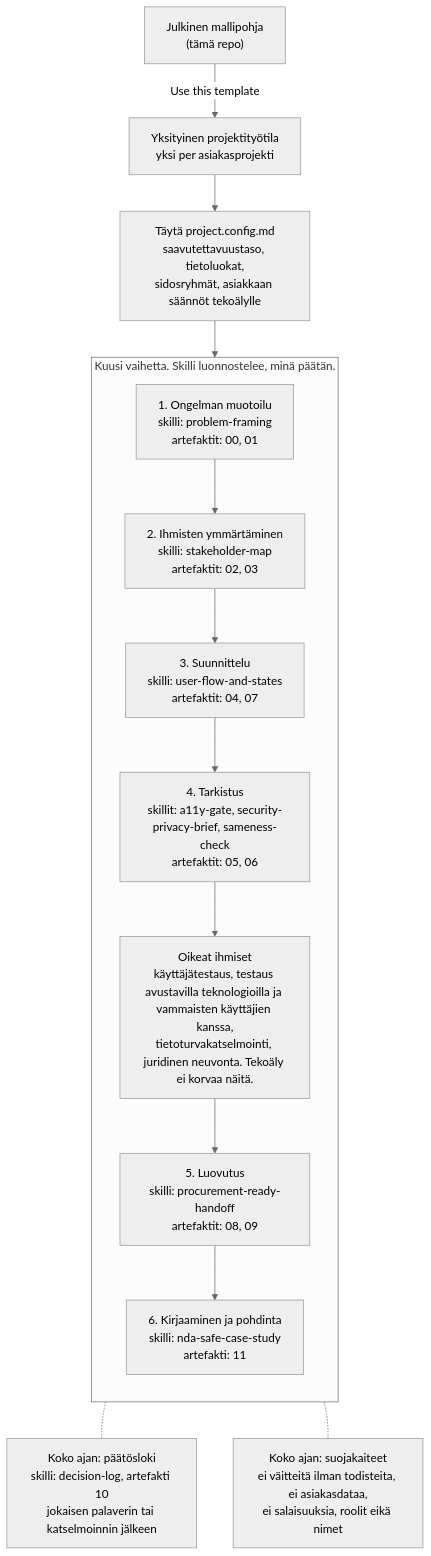
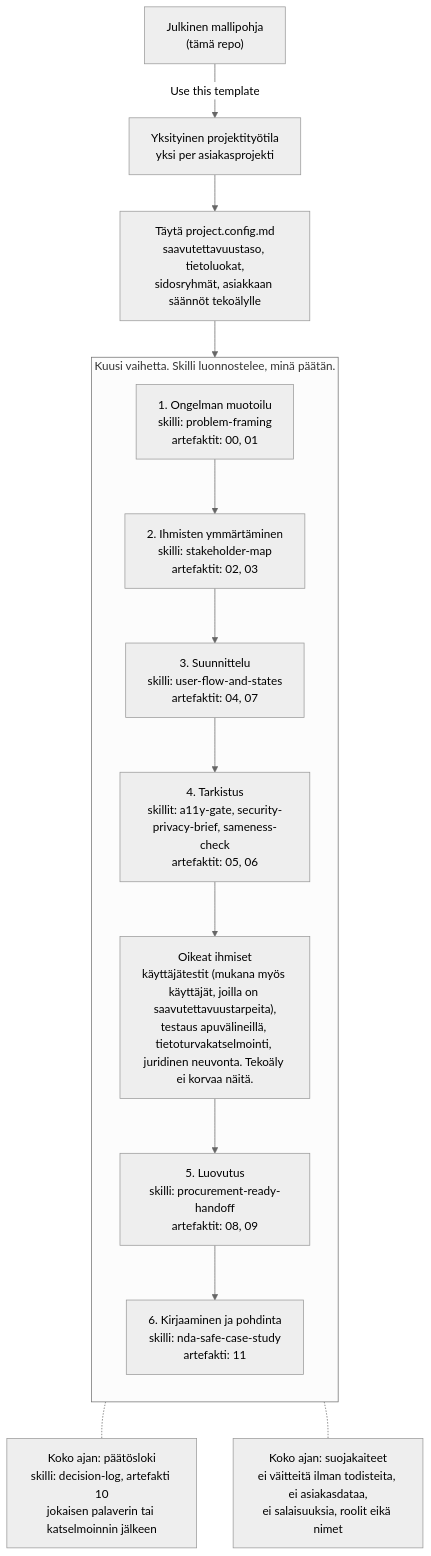
The diagram in docs/ohjeet-suomeksi.md (beritalasmaki/project-set-up-template), drawn with Mermaid (neutral theme) before and after one commit. The commit also changed other lines of this file, not shown here.

````diff
--- a/docs/ohjeet-suomeksi.md
+++ b/docs/ohjeet-suomeksi.md
@@ -36,21 +36,21 @@
 ```mermaid
 flowchart TD
     T["Julkinen mallipohja<br/>(tämä repo)"] -->|"Use this template"| W["Yksityinen projektityötila<br/>yksi per asiakasprojekti"]
     W --> C["Täytä project.config.md<br/>saavutettavuustaso, tietoluokat,<br/>sidosryhmät, asiakkaan säännöt tekoälylle"]
     C --> STAGES
 
     subgraph STAGES["Kuusi vaihetta. Skilli luonnostelee, minä päätän."]
         direction TB
         S1["1. Ongelman muotoilu<br/>skilli: problem-framing<br/>artefaktit: 00, 01"]
         S2["2. Ihmisten ymmärtäminen<br/>skilli: stakeholder-map<br/>artefaktit: 02, 03"]
         S3["3. Suunnittelu<br/>skilli: user-flow-and-states<br/>artefaktit: 04, 07"]
         S4["4. Tarkistus<br/>skillit: a11y-gate, security-privacy-brief, sameness-check<br/>artefaktit: 05, 06"]
-        RP["Oikeat ihmiset<br/>käyttäjätestaus, testaus avustavilla teknologioilla ja vammaisten käyttäjien kanssa,<br/>tietoturvakatselmointi, juridinen neuvonta. Tekoäly ei korvaa näitä."]
+        RP["Oikeat ihmiset<br/>käyttäjätestit (mukana myös käyttäjät, joilla on saavutettavuustarpeita),<br/>testaus apuvälineillä, tietoturvakatselmointi, juridinen neuvonta. Tekoäly ei korvaa näitä."]
         S5["5. Luovutus<br/>skilli: procurement-ready-handoff<br/>artefaktit: 08, 09"]
         S6["6. Kirjaaminen ja pohdinta<br/>skilli: nda-safe-case-study<br/>artefakti: 11"]
         S1 --> S2 --> S3 --> S4 --> RP --> S5 --> S6
     end
 
     STAGES -.- D["Koko ajan: päätösloki<br/>skilli: decision-log, artefakti 10<br/>jokaisen palaverin tai katselmoinnin jälkeen"]
     STAGES -.- G["Koko ajan: suojakaiteet<br/>ei väitteitä ilman todisteita, ei asiakasdataa,<br/>ei salaisuuksia, roolit eikä nimet"]
 ```
````
